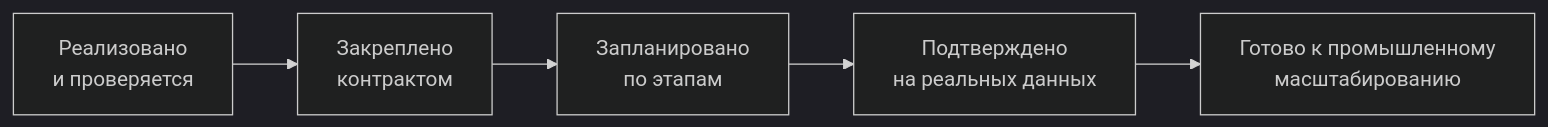
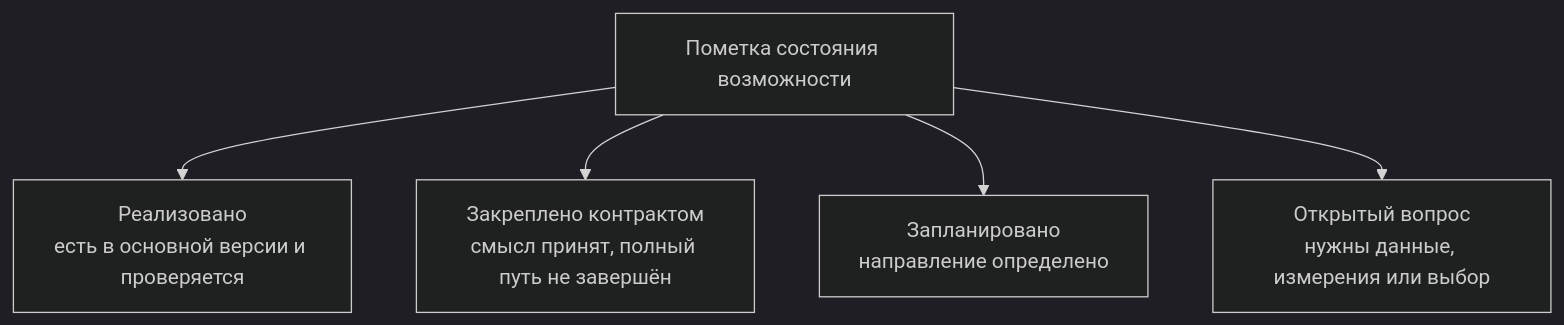
The diagram in wiki/Data-status-risks-acceptance.md (ZelAnton/Interlink-product-book), drawn with Mermaid (dark theme) before and after one commit. The commit also changed other lines of this file and 67 other files, not shown here.

````diff
--- a/wiki/Data-status-risks-acceptance.md
+++ b/wiki/Data-status-risks-acceptance.md
@@ -14,7 +16,7 @@
 ```mermaid
-flowchart LR
-    A["Реализовано\nи проверяется"] --> B["Закреплено\nконтрактом"]
-    B --> C["Запланировано\nпо этапам"]
-    C --> D["Подтверждено\nна реальных данных"]
-    D --> E["Готово к промышленному\nмасштабированию"]
+flowchart TB
+    K["Пометка состояния возможности"] --> A["Реализовано<br/>есть в основной версии и проверяется"]
+    K --> B["Закреплено контрактом<br/>смысл принят, полный путь не завершён"]
+    K --> C["Запланировано<br/>направление определено"]
+    K --> D["Открытый вопрос<br/>нужны данные, измерения или выбор"]
 ```
````
